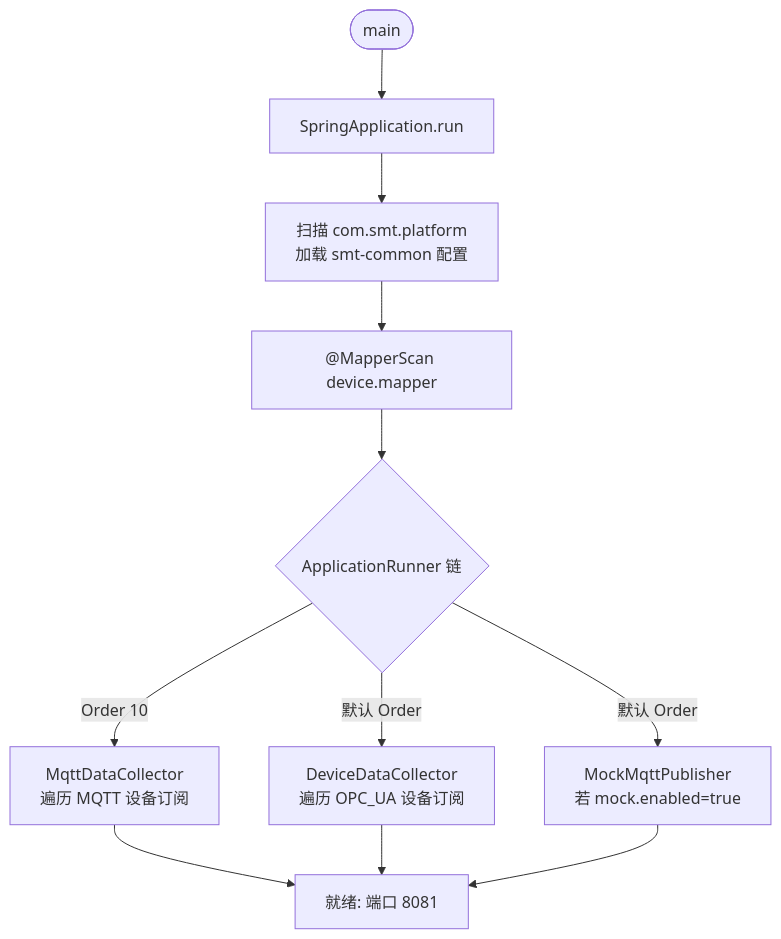
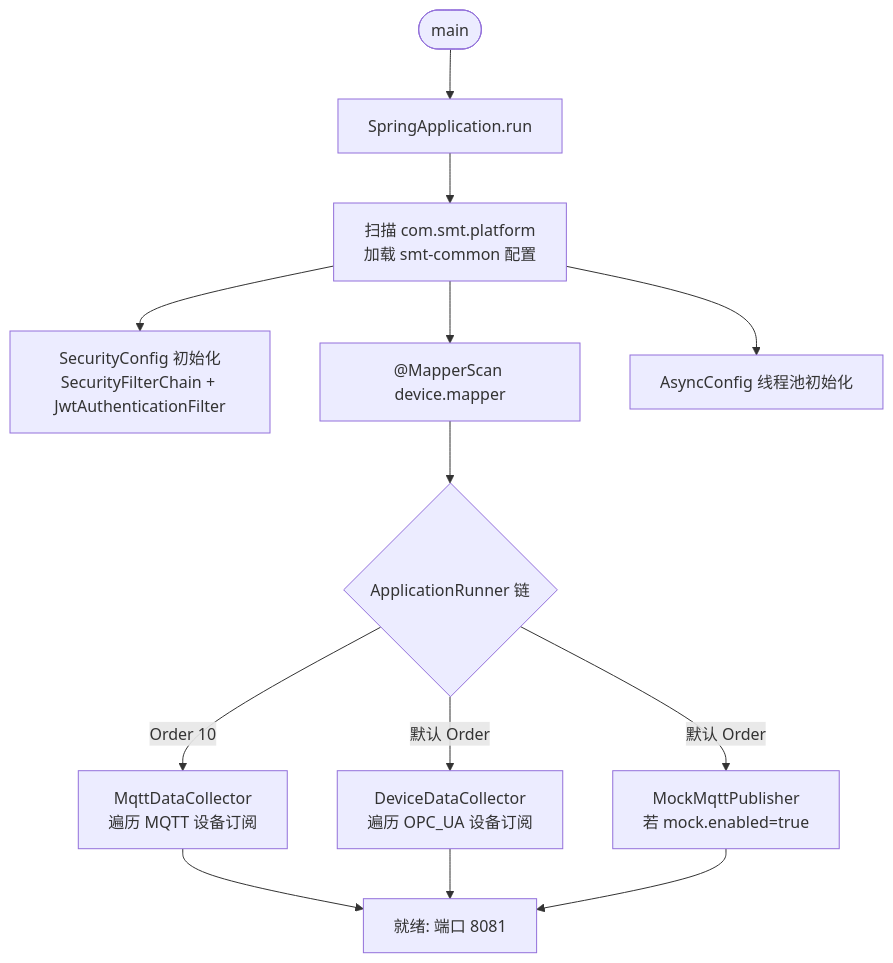
Before and after one commit to north30-dev/smt-agent-platform: the eighth of 8 diagrams in docs/explaination/project-explanation-phase1.md, drawn with Mermaid. The commit also changed other lines of this file and 2 other files, not shown here.

````diff
--- a/docs/explaination/project-explanation-phase1.md
+++ b/docs/explaination/project-explanation-phase1.md
@@ -500,13 +610,15 @@
 ```mermaid
 flowchart TD
     Start(["main"]) --> Spring["SpringApplication.run"]
     Spring --> Scan["扫描 com.smt.platform<br/>加载 smt-common 配置"]
+    Scan --> Security["SecurityConfig 初始化<br/>SecurityFilterChain + JwtAuthenticationFilter"]
     Scan --> MapperScan["@MapperScan device.mapper"]
+    Scan --> AsyncInit["AsyncConfig 线程池初始化"]
     MapperScan --> Runner{"ApplicationRunner 链"}
     Runner -->|"Order 10"| MDC["MqttDataCollector<br/>遍历 MQTT 设备订阅"]
     Runner -->|"默认 Order"| DDC["DeviceDataCollector<br/>遍历 OPC_UA 设备订阅"]
     Runner -->|"默认 Order"| MMP["MockMqttPublisher<br/>若 mock.enabled=true"]
     MDC --> Ready["就绪: 端口 8081"]
     DDC --> Ready
     MMP --> Ready
 ```
````
